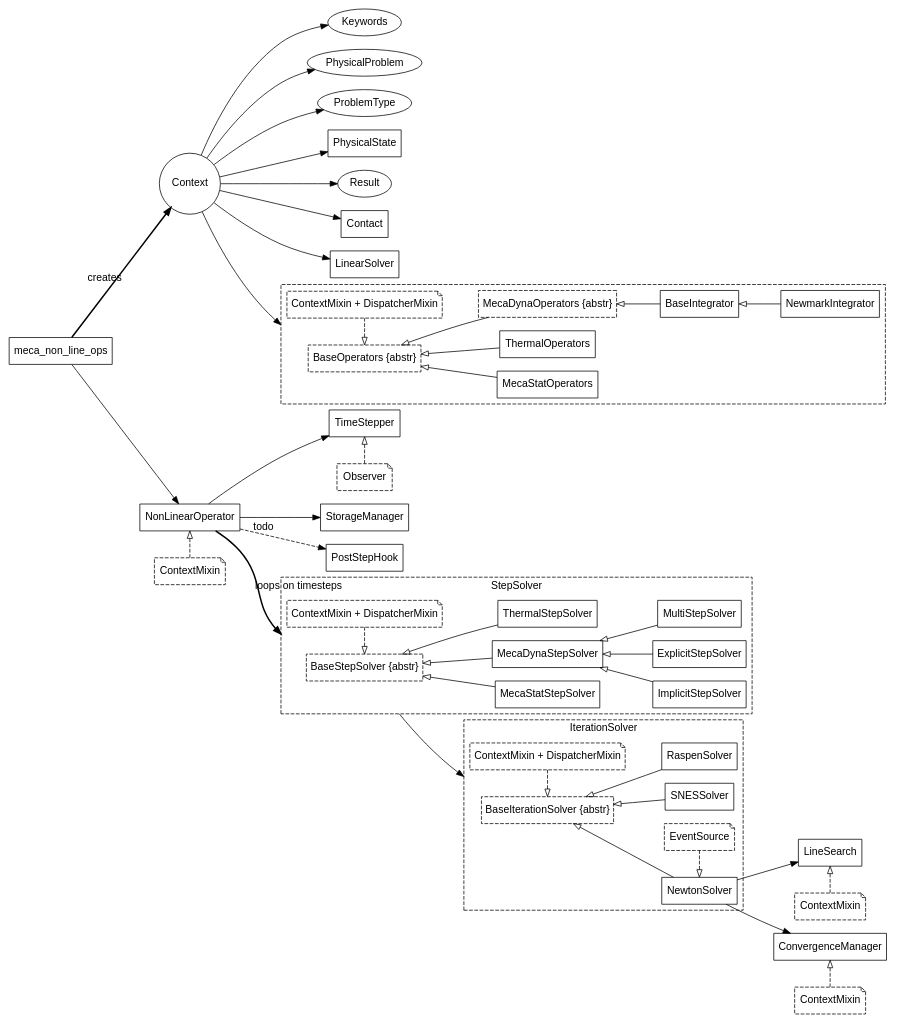
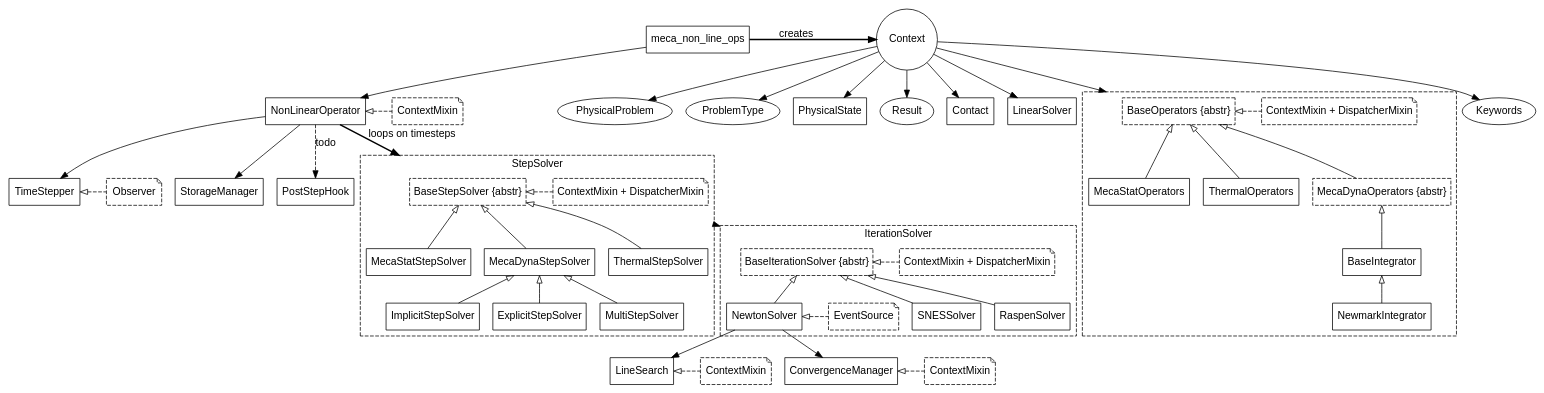
One commit to Krande/code-aster-copy changed the diagram in doc/img/mnl.dot. Above: the diagram before and after it, drawn with Graphviz. The commit also changed 7 other files, not shown here.

```diff
--- a/doc/img/mnl.dot
+++ b/doc/img/mnl.dot
@@ -1,158 +1,160 @@
 digraph MNL {
     compound = "true";
     // global+several pointers: circle
     // mixin: note, dashed
     // abstract: ' {abstr}', dashed
     labelloc = "t";
-    rankdir = "LR";
+    // rankdir = "LR";
     fontname = "Helvetica,Arial,sans-serif";
     node [fontname = "Helvetica,Arial,sans-serif"; shape = "box";];
     edge [fontname = "Helvetica,Arial,sans-serif";];
     
     subgraph bases {
         keywords [label = "Keywords";shape = "ellipse";];
         problem [label = "PhysicalProblem";shape = "ellipse";];
         type [label = "ProblemType";shape = "ellipse";];
         state [label = "PhysicalState";];
         result [label = "Result";shape = "ellipse";];
         contact [label = "Contact";];
         linsolv [label = "LinearSolver";];
         context [label = "Context";shape = "circle";];
         
         context -> problem;
         context -> type;
         context -> keywords;
         context -> state;
         context -> result;
         context -> operators [lhead = cluster_operators;];
         context -> contact;
         context -> linsolv;
     }
     
     mnl [label = "meca_non_line_ops";];
     subgraph {
         rank = "same";
         nl_operator [label = "NonLinearOperator";];
         mixin_pb [label = "ContextMixin";style = "dashed";shape = "note";];
         nl_operator -> mixin_pb [dir = "back"; style = "dashed"; arrowtail = "empty";];
     }
     timestepper [label = "TimeStepper";];
     storage [label = "StorageManager";];
     hook [label = "PostStepHook";];
     
     observ [label = "Observer";style = "dashed";shape = "note";];
     
     subgraph cluster_operators {
         subgraph {
             rank = "same";
             operators [label = "BaseOperators {abstr}";style = "dashed";];
             mixin_oper [label = "ContextMixin + DispatcherMixin";style = "dashed";shape = "note";];
             operators -> mixin_oper [dir = "back"; style = "dashed"; arrowtail = "empty";];
         }
         style = "dashed";
         subgraph {
             rank = "same";
             statopers [label = "MecaStatOperators";];
             theropers [label = "ThermalOperators";];
             dynopers [label = "MecaDynaOperators {abstr}";style = "dashed";];
         }
         integr [label = BaseIntegrator;];
         newmark [label = NewmarkIntegrator;];
         
         // subclasses
         operators -> statopers [dir = "back"; arrowtail = "empty";];
         operators -> dynopers [dir = "back"; arrowtail = "empty";];
         operators -> theropers [dir = "back"; arrowtail = "empty";];
         
         dynopers -> integr [dir = "back"; arrowtail = "empty";];
         integr -> newmark [dir = "back"; arrowtail = "empty";];
     }
     
     subgraph cluster_stepsolv {
         label = "StepSolver";
         style = "dashed";
         subgraph {
             rank = "same";
             mecastat [label = "MecaStatStepSolver";];
             mecadyn [label = "MecaDynaStepSolver";];
             ther [label = "ThermalStepSolver";];
         }
         subgraph {
             rank = "same";
             stepsolv [label = "BaseStepSolver {abstr}";style = "dashed";];
             mixin_step [label = "ContextMixin + DispatcherMixin";style = "dashed";shape = "note";];
             stepsolv -> mixin_step [dir = "back"; style = "dashed"; arrowtail = "empty";];
         }
         // subclasses
         stepsolv -> mecastat [dir = "back"; arrowtail = "empty";];
         stepsolv -> mecadyn [dir = "back"; arrowtail = "empty";];
         stepsolv -> ther [dir = "back"; arrowtail = "empty";];
         
         implicit [label = "ImplicitStepSolver";];
         explicit [label = "ExplicitStepSolver";];
         multi [label = "MultiStepSolver";];
         
         // subclasses
         mecadyn -> implicit [dir = "back"; arrowtail = "empty";];
         mecadyn -> explicit [dir = "back"; arrowtail = "empty";];
         mecadyn -> multi [dir = "back"; arrowtail = "empty";];
     }
     
     subgraph cluster_iter_solv {
         label = IterationSolver;
         style = "dashed";
         subgraph {
             rank = "same";
             iter_solver [label = "BaseIterationSolver {abstr}";style = "dashed";];
             mixin_iter [label = "ContextMixin + DispatcherMixin";style = "dashed";shape = "note";];
             iter_solver -> mixin_iter [dir = "back"; style = "dashed"; arrowtail = "empty";];
         }
         // [style = invis]
         subgraph {
             rank = "same";
             newton [label = "NewtonSolver";];
             event [label = "EventSource";style = "dashed";shape = "note";];
             newton -> event [dir = "back"; style = "dashed"; arrowtail = "empty";];
         }
         snes [label = "SNESSolver";];
         raspen [label = "RaspenSolver";];
         
         iter_solver -> newton [dir = "back"; arrowtail = "empty";];
         iter_solver -> snes [dir = "back"; arrowtail = "empty";];
         iter_solver -> raspen [dir = "back"; arrowtail = "empty";];
     }
     
     mnl -> nl_operator;
-    mnl -> context [xlabel = "creates"; style = "bold";];
-    
+    subgraph {
+        rank = "same";
+        mnl -> context [xlabel = "creates"; style = "bold";];
+    }
     nl_operator -> timestepper;
     nl_operator -> storage;
     nl_operator -> stepsolv [xlabel = "loops on timesteps"; lhead = cluster_stepsolv; style = "bold";];
     nl_operator -> hook [label = "todo"; style = "dashed";];
     
     stepsolv -> iter_solver [ltail = cluster_stepsolv; lhead = cluster_iter_solv;];
     
     newton -> linesearch;
     newton -> conv_manager;
     
     subgraph {
         rank = "same";
         linesearch [label = "LineSearch";];
         mixin_line [label = "ContextMixin";style = "dashed";shape = "note";];
         linesearch -> mixin_line [dir = "back"; style = "dashed"; arrowtail = "empty";];
     }
     
     subgraph {
         rank = "same";
         conv_manager [label = "ConvergenceManager";];
         mixin_conv [label = "ContextMixin";style = "dashed";shape = "note";];
         conv_manager -> mixin_conv [dir = "back"; style = "dashed"; arrowtail = "empty";];
     }
     
     subgraph {
         rank = "same";
         timestepper -> observ [dir = "back"; style = "dashed"; arrowtail = "empty";];
     }
     // placement
     // timestepper -> stepsolv [style = "invis";];
 }
```
